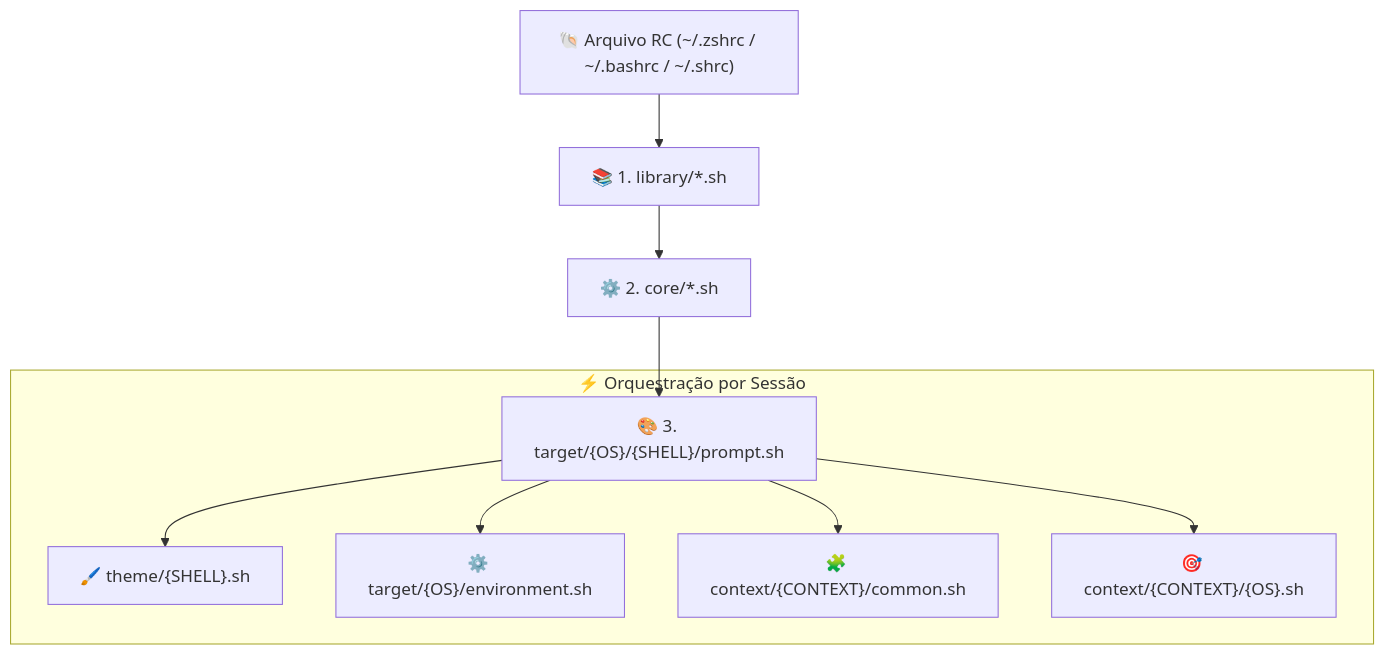
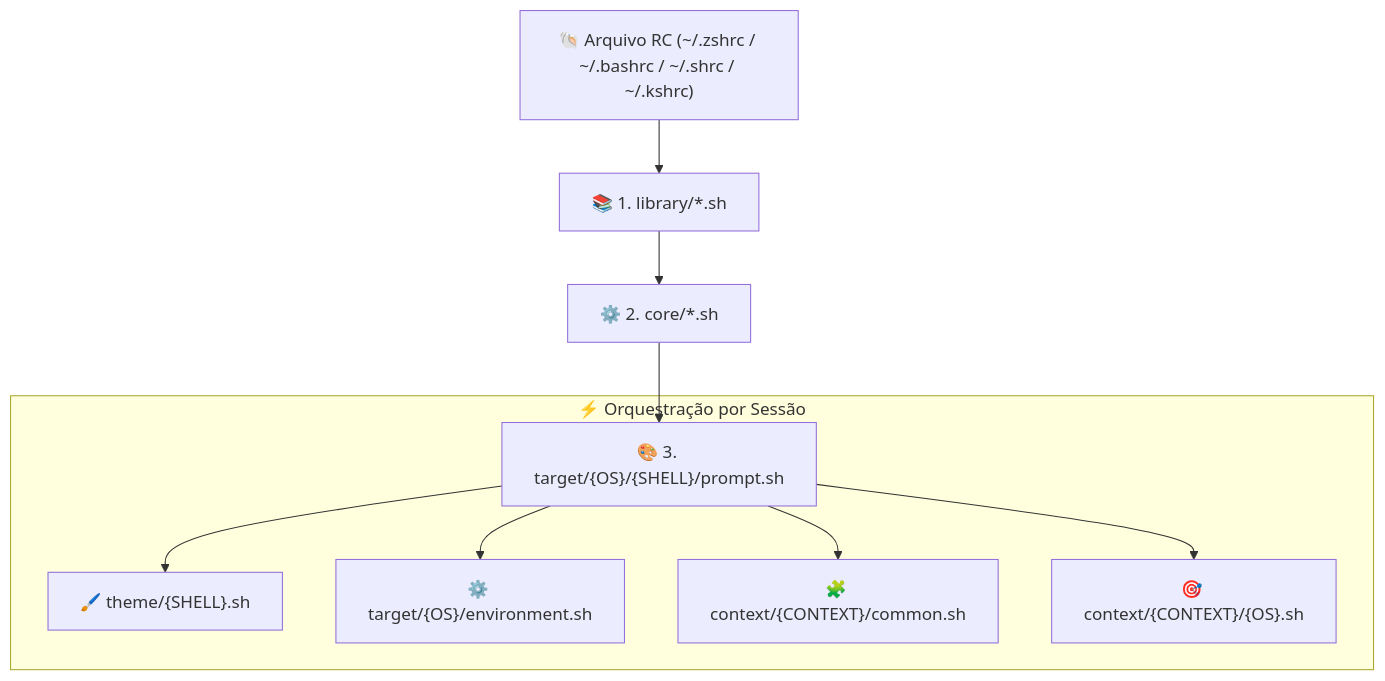
Before and after one commit to GabrielFrigo4/shell: the second of 2 diagrams in README.md, drawn with Mermaid. The commit also changed other lines of this file and 27 other files, not shown here.

````diff
--- a/README.md
+++ b/README.md
@@ -167,13 +170,13 @@
 ```mermaid
 flowchart TD
-    RC["🐚 Arquivo RC (~/.zshrc / ~/.bashrc / ~/.shrc)"] --> LIB["📚 1. library/*.sh"]
+    RC["🐚 Arquivo RC (~/.zshrc / ~/.bashrc / ~/.shrc / ~/.kshrc)"] --> LIB["📚 1. library/*.sh"]
     LIB --> CORE["⚙️ 2. core/*.sh"]
     CORE --> TGT["🎨 3. target/{OS}/{SHELL}/prompt.sh"]
 
     subgraph PROMPT_FLOW ["⚡ Orquestração por Sessão"]
         TGT --> THM["🖌️ theme/{SHELL}.sh"]
         TGT --> ENV["⚙️ target/{OS}/environment.sh"]
         TGT --> CTX_COM["🧩 context/{CONTEXT}/common.sh"]
         TGT --> CTX_OS["🎯 context/{CONTEXT}/{OS}.sh"]
     end
 ```
````
